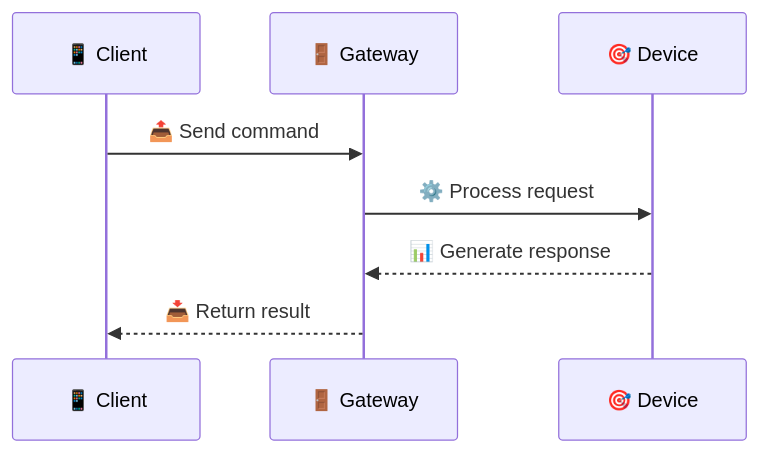
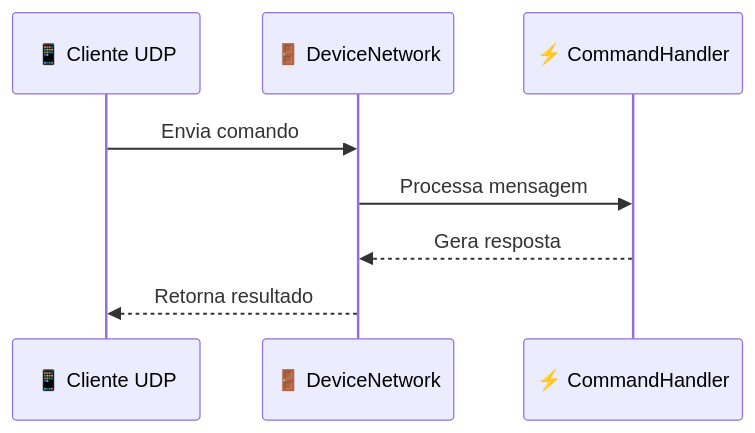
One commit to paulocfmarques-collab/esp32_wifi changed the third of 3 diagrams in README.md. Above: the diagram before and after it, drawn with Mermaid. The commit also changed other lines of this file, not shown here.

Commit message:
Atualiza README para refletir a estrutura real do projeto e a lista atual de comandos do ESP32 Wi‑Fi

````diff
--- a/README.md
+++ b/README.md
@@ -201,11 +191,11 @@
 ```mermaid
 sequenceDiagram
-    participant Client as 📱 Client
-    participant Gateway as 🚪 Gateway
-    participant Device as 🎯 Device
+    participant Cliente as 📱 Cliente UDP
+    participant ESP as 🚪 DeviceNetwork
+    participant Handler as ⚡ CommandHandler
 
-    Client->>Gateway: 📤 Send command
-    Gateway->>Device: ⚙️ Process request
-    Device-->>Gateway: 📊 Generate response
-    Gateway-->>Client: 📥 Return result
+    Cliente->>ESP: Envia comando
+    ESP->>Handler: Processa mensagem
+    Handler-->>ESP: Gera resposta
+    ESP-->>Cliente: Retorna resultado
 ```
````
